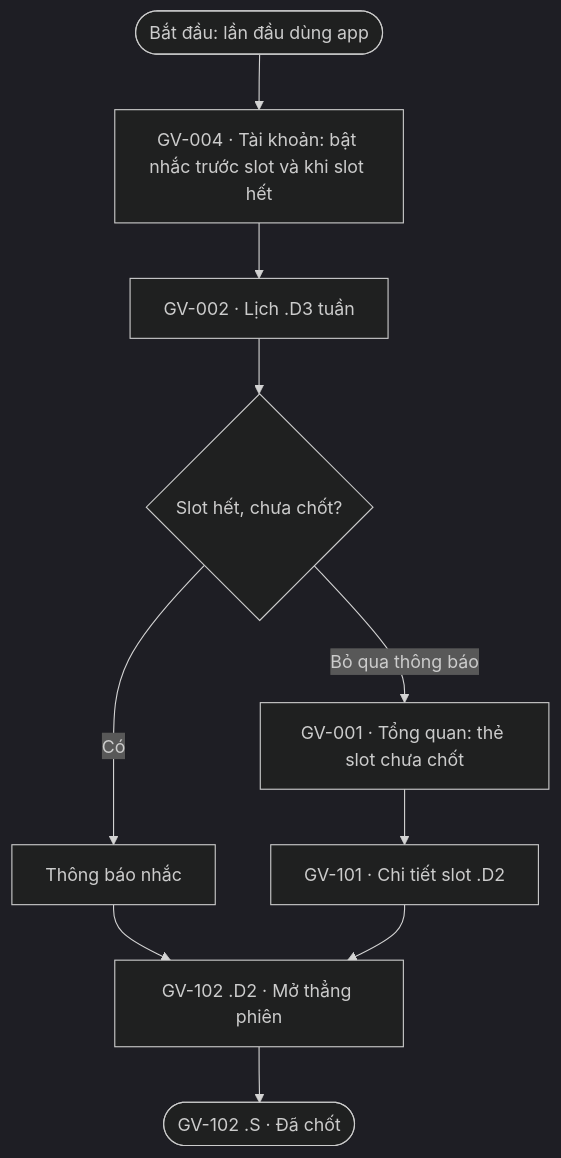
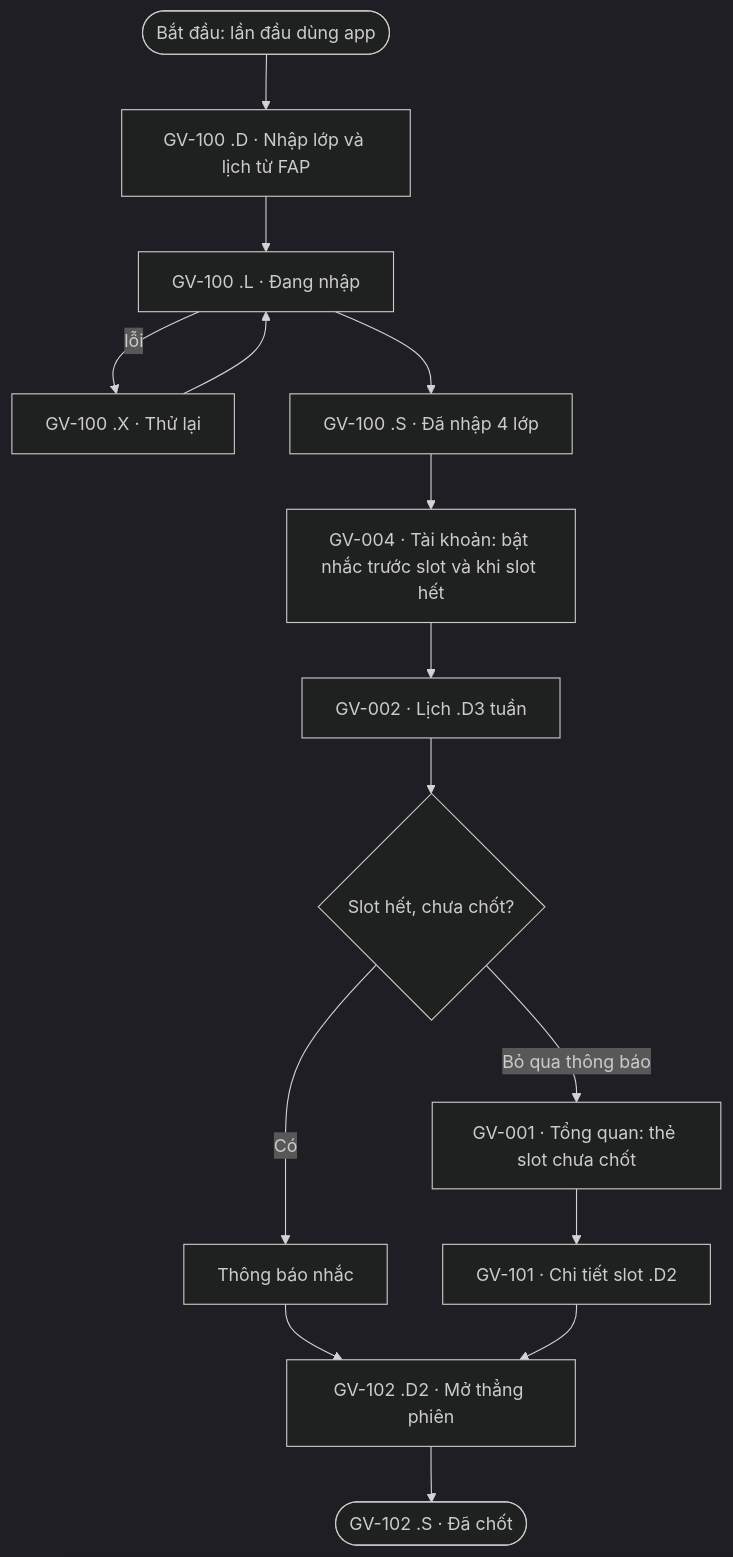
One commit to thiengthb/prm323-lab2-SE190533 changed the third of 5 diagrams in ux/user-flow.md. Above: the diagram before and after it, drawn with Mermaid (dark theme). The commit also changed other lines of this file and 6 other files, not shown here.

First line of the commit message:
GĐ 2–3: thêm 2 phỏng vấn sinh viên, persona P-03, bước nhập lớp từ FAP

````diff
--- a/ux/user-flow.md
+++ b/ux/user-flow.md
@@ -97,12 +99,16 @@
 ```mermaid
 flowchart TD
-    A(["Bắt đầu: lần đầu dùng app"]) --> B["GV-004 · Tài khoản: bật nhắc trước slot và khi slot hết"]
+    A(["Bắt đầu: lần đầu dùng app"]) --> A1["GV-100 .D · Nhập lớp và lịch từ FAP"]
+    A1 --> A2["GV-100 .L · Đang nhập"]
+    A2 -->|"lỗi"| A3["GV-100 .X · Thử lại"] --> A2
+    A2 --> A4["GV-100 .S · Đã nhập 4 lớp"]
+    A4 --> B["GV-004 · Tài khoản: bật nhắc trước slot và khi slot hết"]
     B --> C["GV-002 · Lịch .D3 tuần"]
     C --> D{"Slot hết, chưa chốt?"}
     D -->|"Có"| E["Thông báo nhắc"]
     E --> F["GV-102 .D2 · Mở thẳng phiên"]
     F --> G(["GV-102 .S · Đã chốt"])
     D -->|"Bỏ qua thông báo"| H["GV-001 · Tổng quan: thẻ slot chưa chốt"]
     H --> I["GV-101 · Chi tiết slot .D2"]
     I --> F
 ```
````
